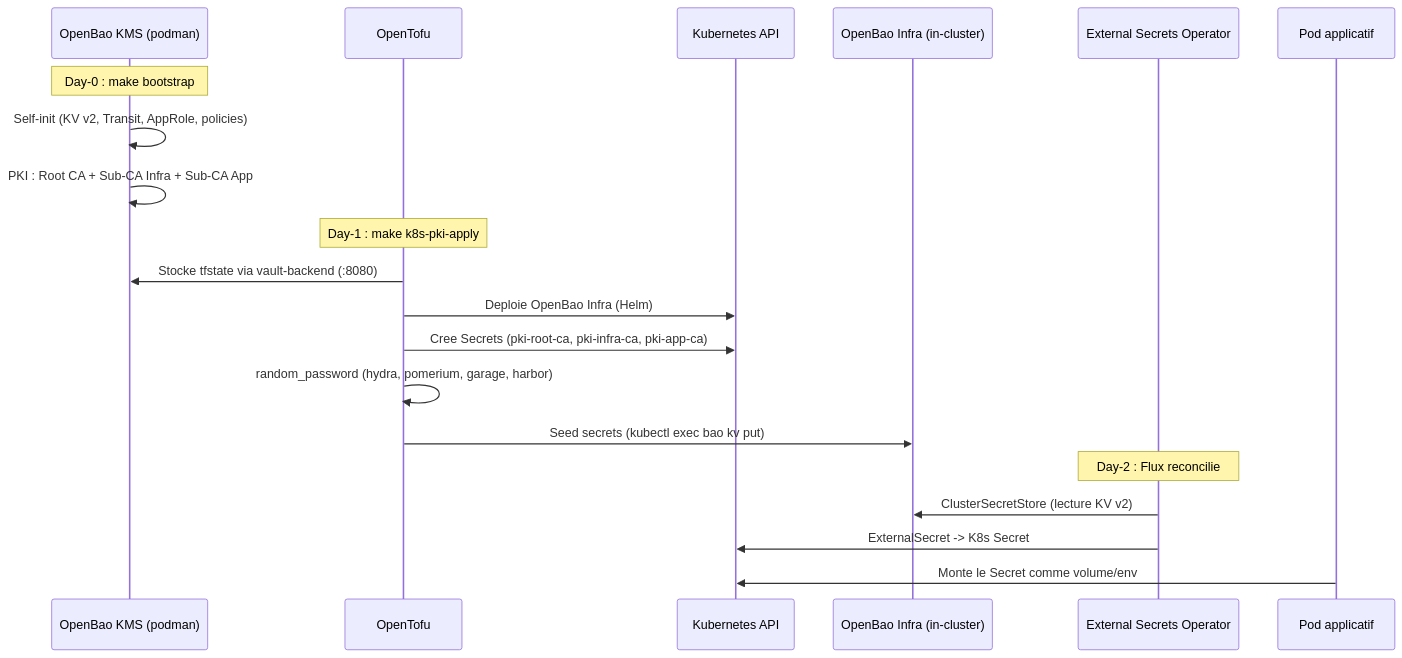
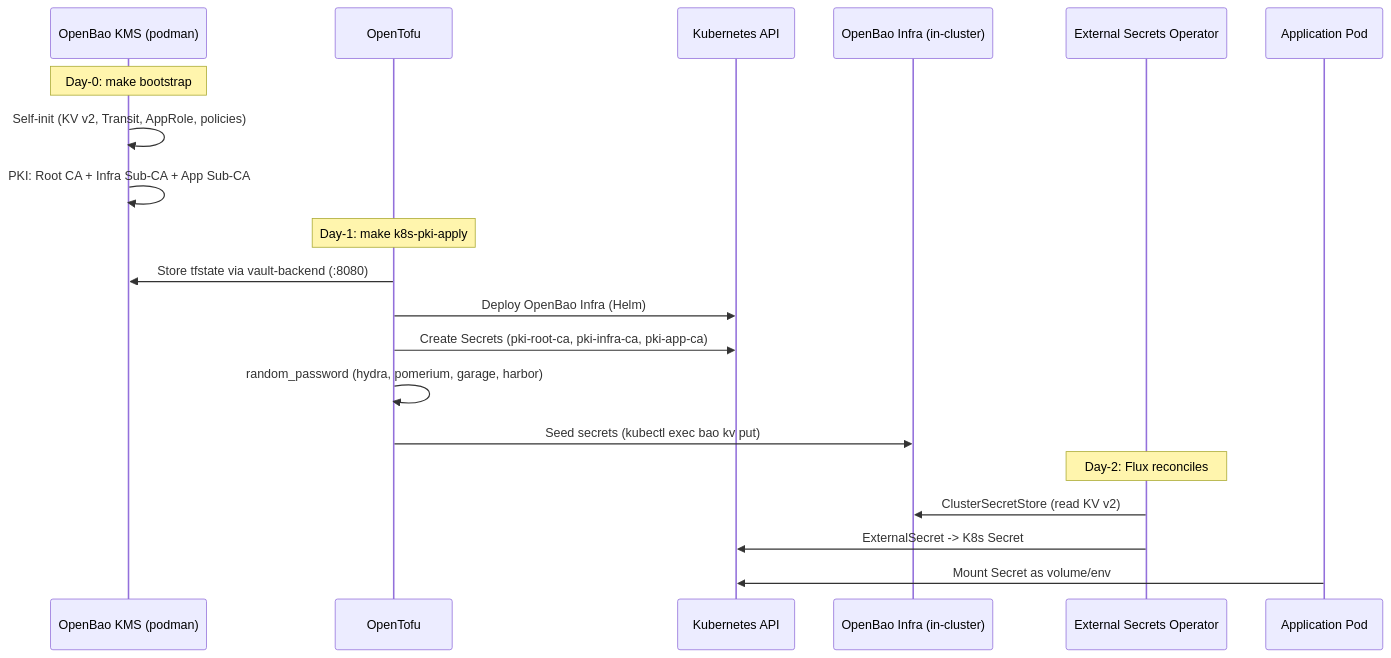
The fourth of 7 diagrams in docs/hld-talos-platform.md (Destynova2/st4ck), drawn with Mermaid before and after one commit. The commit also changed other lines of this file, not shown here.

````diff
--- a/docs/hld-talos-platform.md
+++ b/docs/hld-talos-platform.md
@@ -225,25 +224,25 @@
 ```mermaid
 sequenceDiagram
     participant Bootstrap as OpenBao KMS (podman)
     participant ToFu as OpenTofu
     participant K8s as Kubernetes API
     participant BaoInfra as OpenBao Infra (in-cluster)
     participant ESO as External Secrets Operator
-    participant App as Pod applicatif
+    participant App as Application Pod
 
-    Note over Bootstrap: Day-0 : make bootstrap
+    Note over Bootstrap: Day-0: make bootstrap
     Bootstrap->>Bootstrap: Self-init (KV v2, Transit, AppRole, policies)
-    Bootstrap->>Bootstrap: PKI : Root CA + Sub-CA Infra + Sub-CA App
+    Bootstrap->>Bootstrap: PKI: Root CA + Infra Sub-CA + App Sub-CA
 
-    Note over ToFu: Day-1 : make k8s-pki-apply
-    ToFu->>Bootstrap: Stocke tfstate via vault-backend (:8080)
-    ToFu->>K8s: Deploie OpenBao Infra (Helm)
-    ToFu->>K8s: Cree Secrets (pki-root-ca, pki-infra-ca, pki-app-ca)
+    Note over ToFu: Day-1: make k8s-pki-apply
+    ToFu->>Bootstrap: Store tfstate via vault-backend (:8080)
+    ToFu->>K8s: Deploy OpenBao Infra (Helm)
+    ToFu->>K8s: Create Secrets (pki-root-ca, pki-infra-ca, pki-app-ca)
     ToFu->>ToFu: random_password (hydra, pomerium, garage, harbor)
     ToFu->>BaoInfra: Seed secrets (kubectl exec bao kv put)
 
-    Note over ESO: Day-2 : Flux reconcilie
-    ESO->>BaoInfra: ClusterSecretStore (lecture KV v2)
+    Note over ESO: Day-2: Flux reconciles
+    ESO->>BaoInfra: ClusterSecretStore (read KV v2)
     ESO->>K8s: ExternalSecret -> K8s Secret
-    App->>K8s: Monte le Secret comme volume/env
+    App->>K8s: Mount Secret as volume/env
 ```
````
